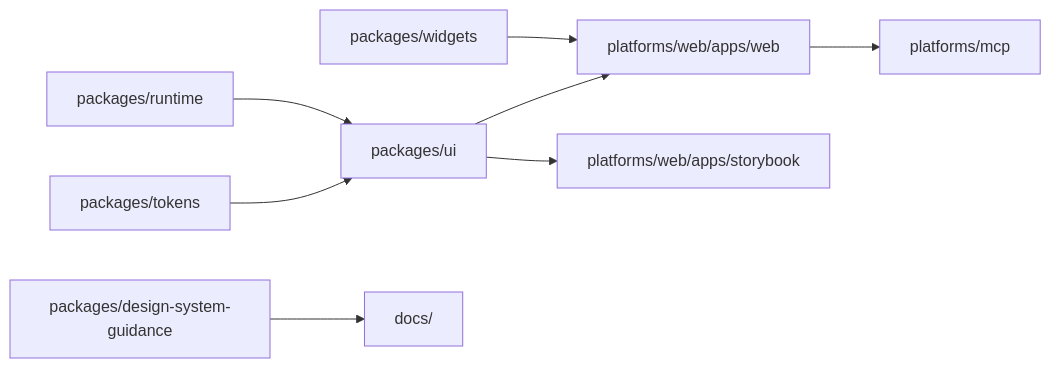
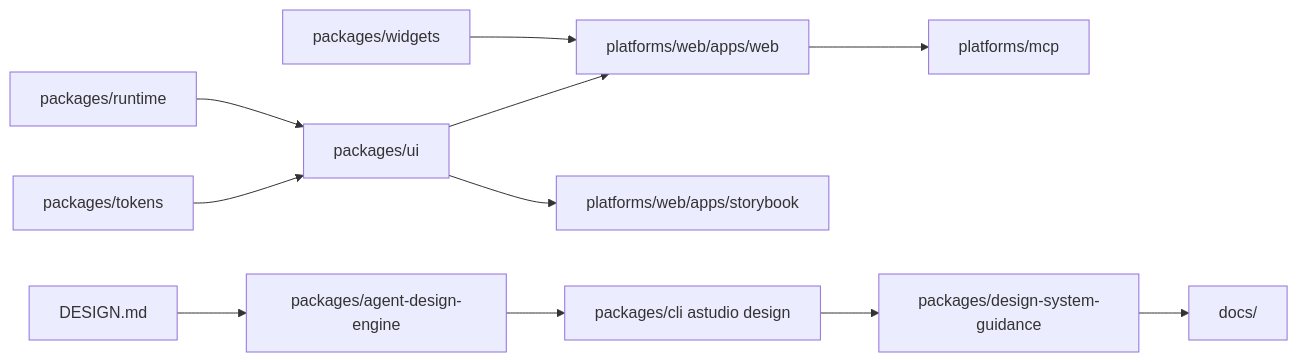
One commit to jscraik/Design-System changed the diagram in FORJAMIE.md. Above: the diagram before and after it, drawn with Mermaid. The commit also changed other lines of this file and 3331 other files, not shown here.

First line of the commit message:
feat: add agent design engine and cleanup artifacts

````diff
--- a/FORJAMIE.md
+++ b/FORJAMIE.md
@@ -38,10 +40,13 @@
 ```mermaid
 flowchart LR
   Tokens["packages/tokens"] --> UI["packages/ui"]
   Runtime["packages/runtime"] --> UI
   UI --> Web["platforms/web/apps/web"]
   UI --> Storybook["platforms/web/apps/storybook"]
   Widgets["packages/widgets"] --> Web
   Web --> MCP["platforms/mcp"]
-  Guidance["packages/design-system-guidance"] --> Docs["docs/"]
+  DesignMd["DESIGN.md"] --> Engine["packages/agent-design-engine"]
+  Engine --> CLI["packages/cli astudio design"]
+  CLI --> Guidance["packages/design-system-guidance"]
+  Guidance --> Docs["docs/"]
 ```
````
